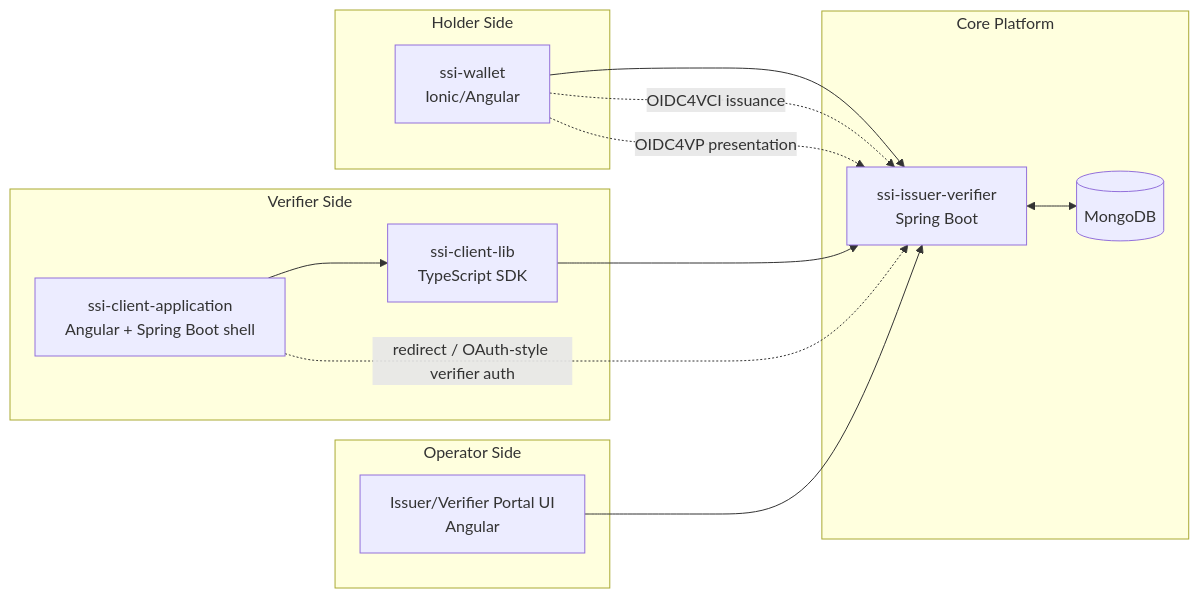
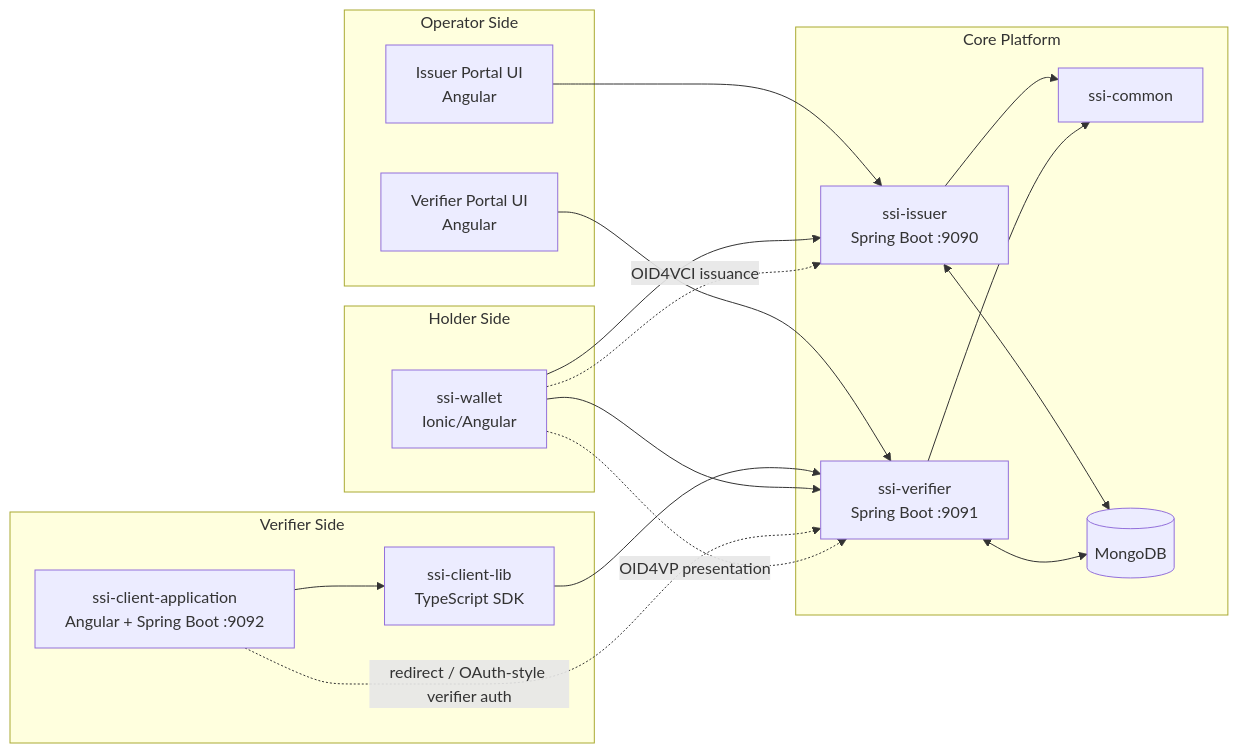
One commit to gcassata74/ssi-ecosystem changed the first of 8 diagrams in README.md. Above: the diagram before and after it, drawn with Mermaid. The commit also changed other lines of this file and 216 other files, not shown here.

First line of the commit message:
Refactor mono-platform into ssi-issuer and ssi-verifier, add ssi-common; update README and docker-compose

````diff
--- a/README.md
+++ b/README.md
@@ -65,29 +71,37 @@
 ```mermaid
 flowchart LR
     subgraph Operator Side
-        OP[Issuer/Verifier Portal UI<br/>Angular]
+        OPI[Issuer Portal UI<br/>Angular]
+        OPV[Verifier Portal UI<br/>Angular]
     end
 
     subgraph Core Platform
-        IV[ssi-issuer-verifier<br/>Spring Boot]
+        ISS[ssi-issuer<br/>Spring Boot :9090]
+        VER[ssi-verifier<br/>Spring Boot :9091]
+        COM[ssi-common]
         DB[(MongoDB)]
     end
 
     subgraph Verifier Side
-        CA[ssi-client-application<br/>Angular + Spring Boot shell]
+        CA[ssi-client-application<br/>Angular + Spring Boot :9092]
         SDK[ssi-client-lib<br/>TypeScript SDK]
     end
 
     subgraph Holder Side
         WAL[ssi-wallet<br/>Ionic/Angular]
     end
 
-    OP --> IV
-    IV <--> DB
+    OPI --> ISS
+    OPV --> VER
+    ISS --> COM
+    VER --> COM
+    ISS <--> DB
+    VER <--> DB
     CA --> SDK
-    SDK --> IV
-    WAL --> IV
-    CA -. redirect / OAuth-style verifier auth .-> IV
-    WAL -. OIDC4VCI issuance .-> IV
-    WAL -. OIDC4VP presentation .-> IV
+    SDK --> VER
+    WAL --> ISS
+    WAL --> VER
+    CA -. redirect / OAuth-style verifier auth .-> VER
+    WAL -. OID4VCI issuance .-> ISS
+    WAL -. OID4VP presentation .-> VER
 ```
````
